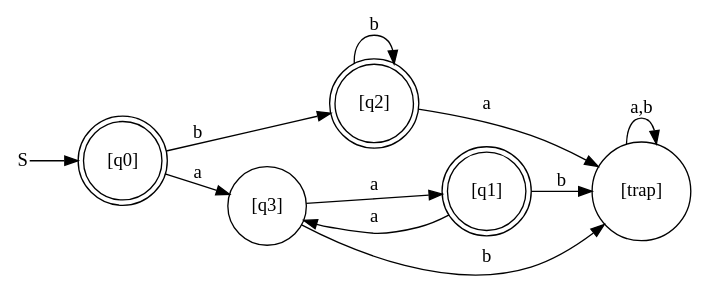
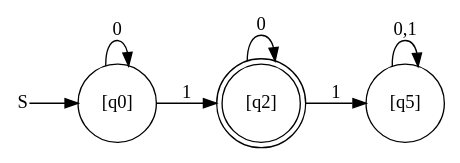
Before and after one commit to Goodhao/automaton: the diagram in out.dot, drawn with Graphviz. The commit also changed 15 other files, not shown here.

```diff
--- a/out.dot
+++ b/out.dot
@@ -1,18 +1,14 @@
 digraph cinite_state_machine {
 rankdir=LR;
 size="50,50"
-node [shape = doublecircle]; "[q0]" "[q1]" "[q2]" ;
+node [shape = doublecircle]; "[q2]" ;
 node [shape = circle]; "[q0]";
 node [shape = plain]; "S";
 "S" -> "[q0]";
 node [shape = circle];
-"[q0]" -> "[q2]" [label = "b"];
-"[q0]" -> "[q3]" [label = "a"];
-"[q1]" -> "[q3]" [label = "a"];
-"[q1]" -> "[trap]" [label = "b"];
-"[q2]" -> "[q2]" [label = "b"];
-"[q2]" -> "[trap]" [label = "a"];
-"[q3]" -> "[q1]" [label = "a"];
-"[q3]" -> "[trap]" [label = "b"];
-"[trap]" -> "[trap]" [label = "a,b"];
+"[q0]" -> "[q0]" [label = "0"];
+"[q0]" -> "[q2]" [label = "1"];
+"[q2]" -> "[q2]" [label = "0"];
+"[q2]" -> "[q5]" [label = "1"];
+"[q5]" -> "[q5]" [label = "0,1"];
 }
```
